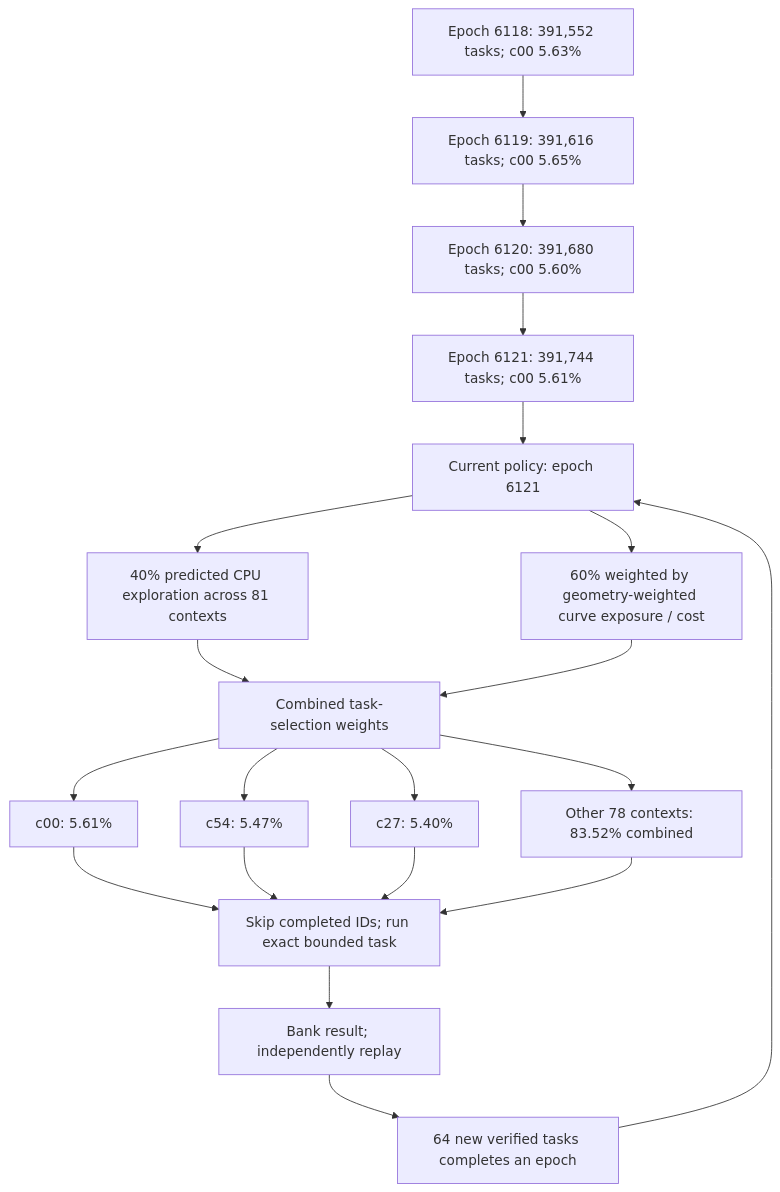
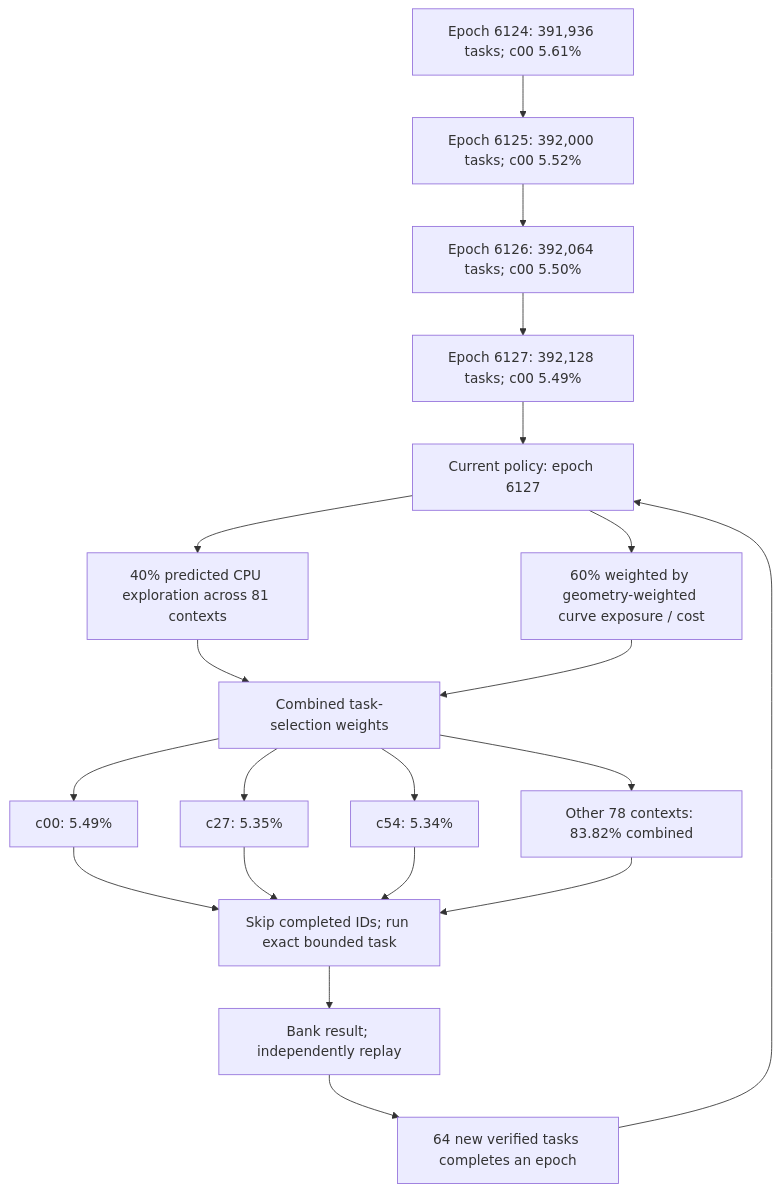
One commit to Kuberwastaken/math-gambling changed the first of 4 diagrams in README.md. Above: the diagram before and after it, drawn with Mermaid. The commit also changed other lines of this file and 941 other files, not shown here.

````diff
--- a/README.md
+++ b/README.md
@@ -60,27 +60,27 @@
 ```mermaid
 flowchart TD
-    H0["Epoch 6118: 391,552 tasks; c00 5.63%"]
-    H1["Epoch 6119: 391,616 tasks; c00 5.65%"]
+    H0["Epoch 6124: 391,936 tasks; c00 5.61%"]
+    H1["Epoch 6125: 392,000 tasks; c00 5.52%"]
     H0 --> H1
-    H2["Epoch 6120: 391,680 tasks; c00 5.60%"]
+    H2["Epoch 6126: 392,064 tasks; c00 5.50%"]
     H1 --> H2
-    H3["Epoch 6121: 391,744 tasks; c00 5.61%"]
+    H3["Epoch 6127: 392,128 tasks; c00 5.49%"]
     H2 --> H3
-    Policy["Current policy: epoch 6121"]
+    Policy["Current policy: epoch 6127"]
     H3 --> Policy
     Policy --> Explore["40% predicted CPU exploration across 81 contexts"]
     Policy --> Cost["60% weighted by geometry-weighted curve exposure / cost"]
     Explore --> Mix["Combined task-selection weights"]
     Cost --> Mix
-    Mix --> C0["c00: 5.61%"]
-    Mix --> C1["c54: 5.47%"]
-    Mix --> C2["c27: 5.40%"]
-    Mix --> Rest["Other 78 contexts: 83.52% combined"]
+    Mix --> C0["c00: 5.49%"]
+    Mix --> C1["c27: 5.35%"]
+    Mix --> C2["c54: 5.34%"]
+    Mix --> Rest["Other 78 contexts: 83.82% combined"]
     C0 --> Check["Skip completed IDs; run exact bounded task"]
     C1 --> Check
     C2 --> Check
     Rest --> Check
     Check --> Replay["Bank result; independently replay"]
     Replay --> Gate["64 new verified tasks completes an epoch"]
     Gate --> Policy
 ```
````
